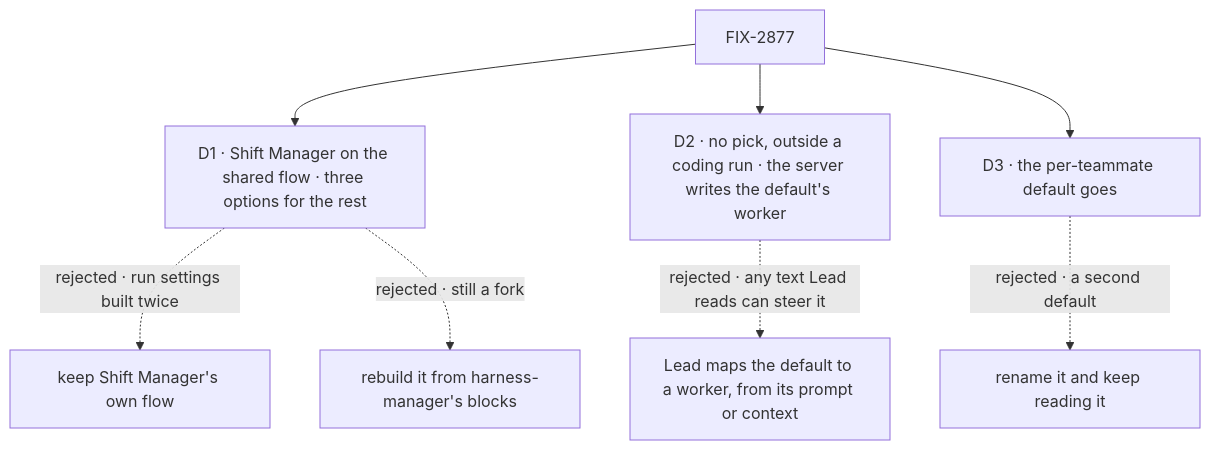
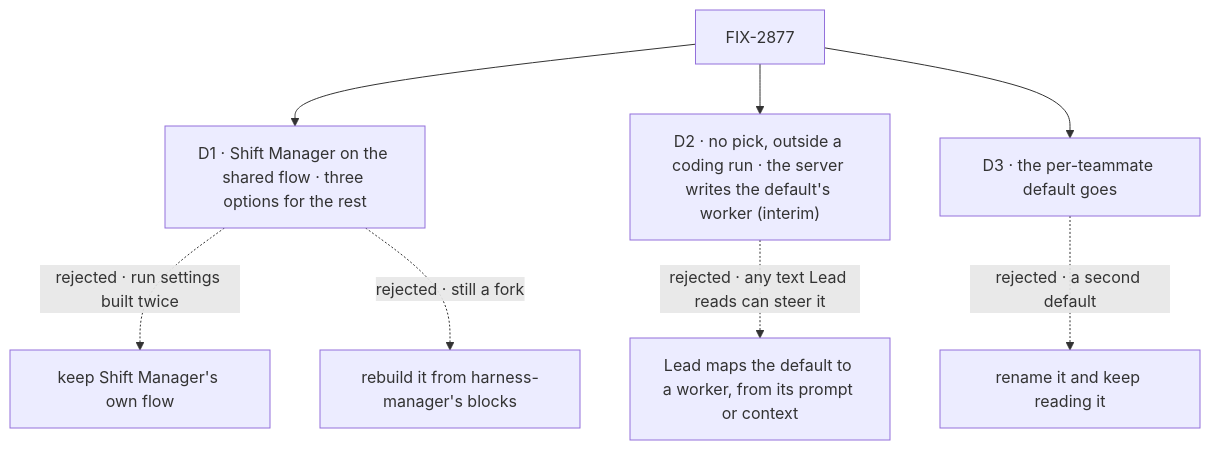
The diagram in specs/issues/FIX-2877/DECISIONS.md (fixpoint-labs/flow-state-dev), drawn with Mermaid before and after one commit. The commit also changed other lines of this file and 2 other files, not shown here.

First line of the commit message:
spec(FIX-2877): restore D2's interim clause; retirement names FIX-2878's filler mechanism (#5604 @40ad92d)

````diff
--- a/specs/issues/FIX-2877/DECISIONS.md
+++ b/specs/issues/FIX-2877/DECISIONS.md
@@ -11,10 +11,10 @@
 ```mermaid
 flowchart TD
   I["FIX-2877"] --> D1["D1 · Shift Manager on the shared flow · three options for the rest"]
   D1 -.->|"rejected · run settings built twice"| X1["keep Shift Manager's own flow"]
   D1 -.->|"rejected · still a fork"| X1b["rebuild it from harness-manager's blocks"]
-  I --> D2["D2 · no pick, outside a coding run · the server writes the default's worker"]
+  I --> D2["D2 · no pick, outside a coding run · the server writes the default's worker (interim)"]
   D2 -.->|"rejected · any text Lead reads can steer it"| X2["Lead maps the default to a worker, from its prompt or context"]
   I --> D3["D3 · the per-teammate default goes"]
   D3 -.->|"rejected · a second default"| X3["rename it and keep reading it"]
 ```
````
